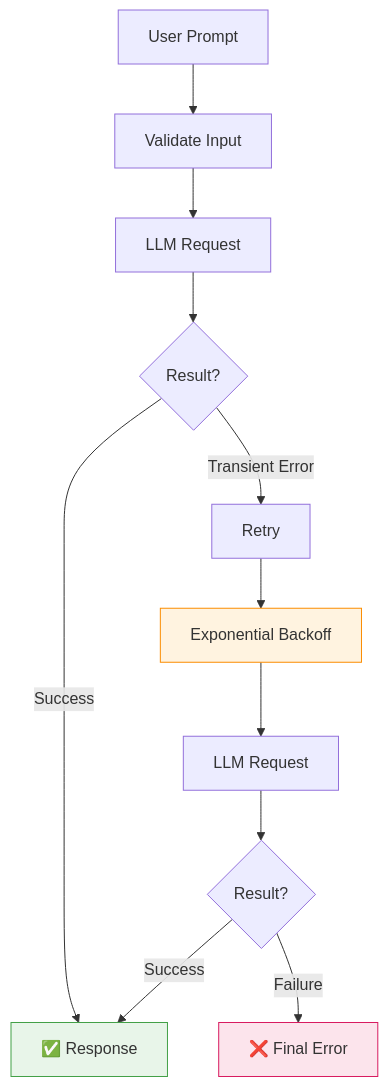
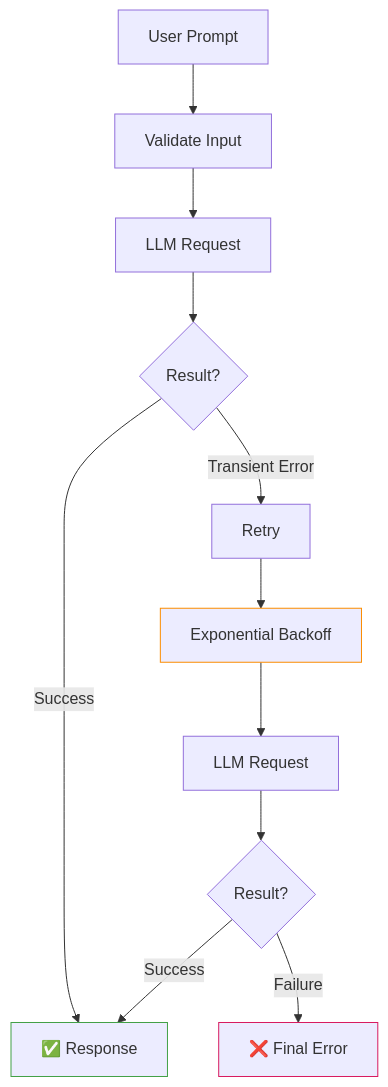
One commit to PUNITH-V/WorkBench changed the third of 3 diagrams in Bulletproof LLM Wrapper/README.md. Above: the diagram before and after it, drawn with Mermaid. The commit also changed other lines of this file, not shown here.

````diff
--- a/Bulletproof LLM Wrapper/README.md
+++ b/Bulletproof LLM Wrapper/README.md
@@ -341,17 +341,17 @@
 ```mermaid
 flowchart TD
     A["User Prompt"] --> B["Validate Input"]
     B --> C["LLM Request"]
     C --> D{"Result?"}
     D -- "Success" --> E["✅ Response"]
     D -- "Transient Error" --> F["Retry"]
     F --> G["Exponential Backoff"]
     G --> H["LLM Request"]
     H --> I{"Result?"}
     I -- "Success" --> E
     I -- "Failure" --> J["❌ Final Error"]
 
-    style E fill:#e8f5e9,stroke:#43a047
-    style J fill:#fce4ec,stroke:#d81b60
-    style G fill:#fff3e0,stroke:#fb8c00
+    style E stroke:#43a047
+    style J stroke:#d81b60
+    style G stroke:#fb8c00
 ```
````
